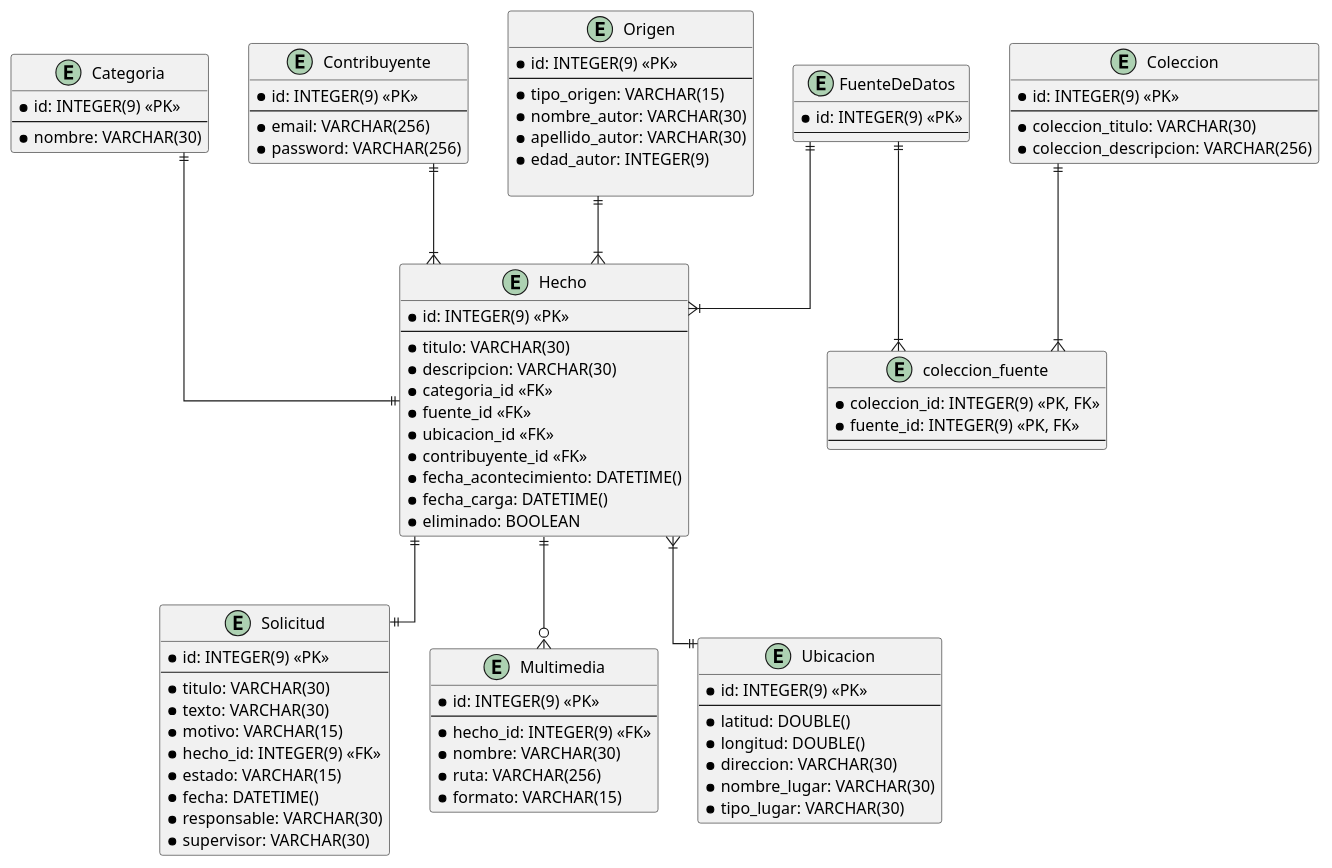
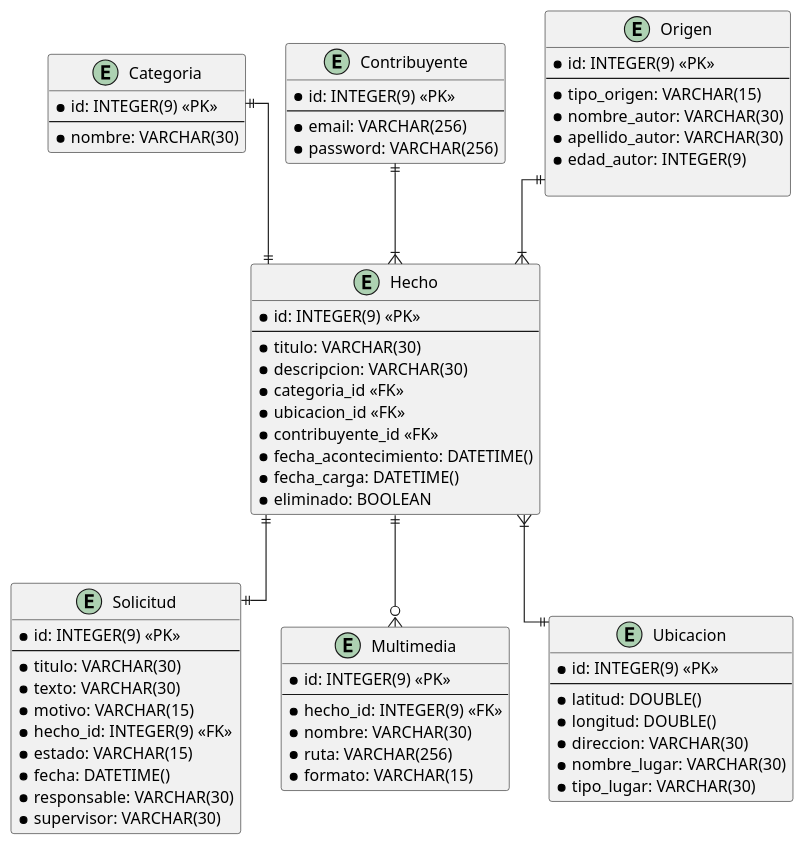
The diagram in fuente_dinamica/docs/diagrama_entidad_relacion_dinamica.puml (Leo-de-Riv3r/2025-tpa-ma-ma-grupo-02-deploy), drawn with PlantUML before and after one commit. The commit also changed 23 other files, not shown here.

```diff
--- a/fuente_dinamica/docs/diagrama_entidad_relacion_dinamica.puml
+++ b/fuente_dinamica/docs/diagrama_entidad_relacion_dinamica.puml
@@ -1,112 +1,89 @@
 @startuml
 
 
 ' avoid problems with angled crows feet
 skinparam linetype ortho
 
 entity "Hecho" {
   *id: INTEGER(9) <<PK>>
   --
   *titulo: VARCHAR(30)
   *descripcion: VARCHAR(30)
   *categoria_id <<FK>>
-  *fuente_id <<FK>>
   *ubicacion_id <<FK>>
   *contribuyente_id <<FK>>
   *fecha_acontecimiento: DATETIME()
   *fecha_carga: DATETIME()
   *eliminado: BOOLEAN
 }
 
 entity "Categoria" {
     *id: INTEGER(9) <<PK>>
     --
     *nombre: VARCHAR(30)
 }
 
 Categoria ||--|| Hecho
-
-entity "FuenteDeDatos" as Fuente {
-  *id: INTEGER(9) <<PK>>
-  --
-}
 
 entity "Contribuyente" {
   *id: INTEGER(9) <<PK>>
   --
   *email: VARCHAR(256)
   *password: VARCHAR(256)
 }
 
 entity "Solicitud" {
     *id: INTEGER(9) <<PK>>
     --
     *titulo: VARCHAR(30)
     *texto: VARCHAR(30)
     *motivo: VARCHAR(15)
     *hecho_id: INTEGER(9) <<FK>>
     *estado: VARCHAR(15)
     *fecha: DATETIME()
     *responsable: VARCHAR(30)
     *supervisor: VARCHAR(30)
 }
 
 entity "Multimedia" {
     *id: INTEGER(9) <<PK>>
     --
     *hecho_id: INTEGER(9) <<FK>>
     *nombre: VARCHAR(30)
     *ruta: VARCHAR(256)
     *formato: VARCHAR(15)
 }
 
 entity "Origen" {
     *id: INTEGER(9) <<PK>>
     --
     *tipo_origen: VARCHAR(15)
     *nombre_autor: VARCHAR(30)
     *apellido_autor: VARCHAR(30)
     *edad_autor: INTEGER(9)
 
 }
 
-entity "Coleccion" {
-    *id: INTEGER(9) <<PK>>
-    --
-    *coleccion_titulo: VARCHAR(30)
-    *coleccion_descripcion: VARCHAR(256)
-}
 
-entity "coleccion_fuente" {
-    *coleccion_id: INTEGER(9) <<PK, FK>>
-    *fuente_id: INTEGER(9) <<PK, FK>>
-    --
-}
 
 entity "Ubicacion" {
     *id: INTEGER(9) <<PK>>
     --
     *latitud: DOUBLE()
     *longitud: DOUBLE()
     *direccion: VARCHAR(30)
     *nombre_lugar: VARCHAR(30)
     *tipo_lugar: VARCHAR(30)
 }
 
 Hecho ||--o{ Multimedia
 Hecho ||--|| Solicitud
 Hecho }|--|| Ubicacion
 
-
-Fuente ||--|{ Hecho
 Origen ||--|{ Hecho
 
 Contribuyente ||--|{ Hecho
 
-Coleccion ||--|{ coleccion_fuente
-Fuente ||--|{ coleccion_fuente
-
-
 
 
 @enduml
```
